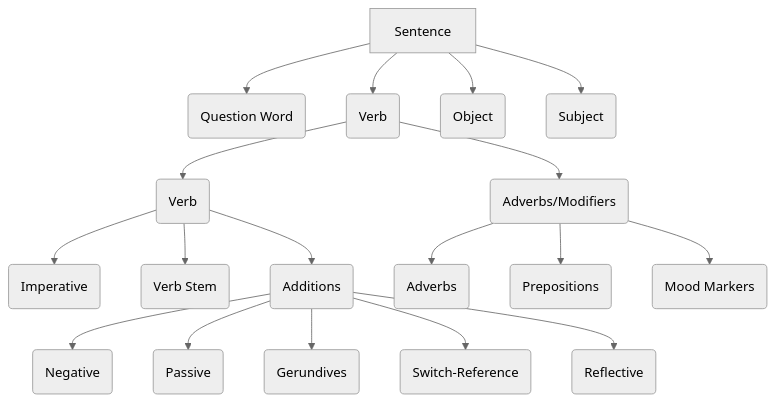
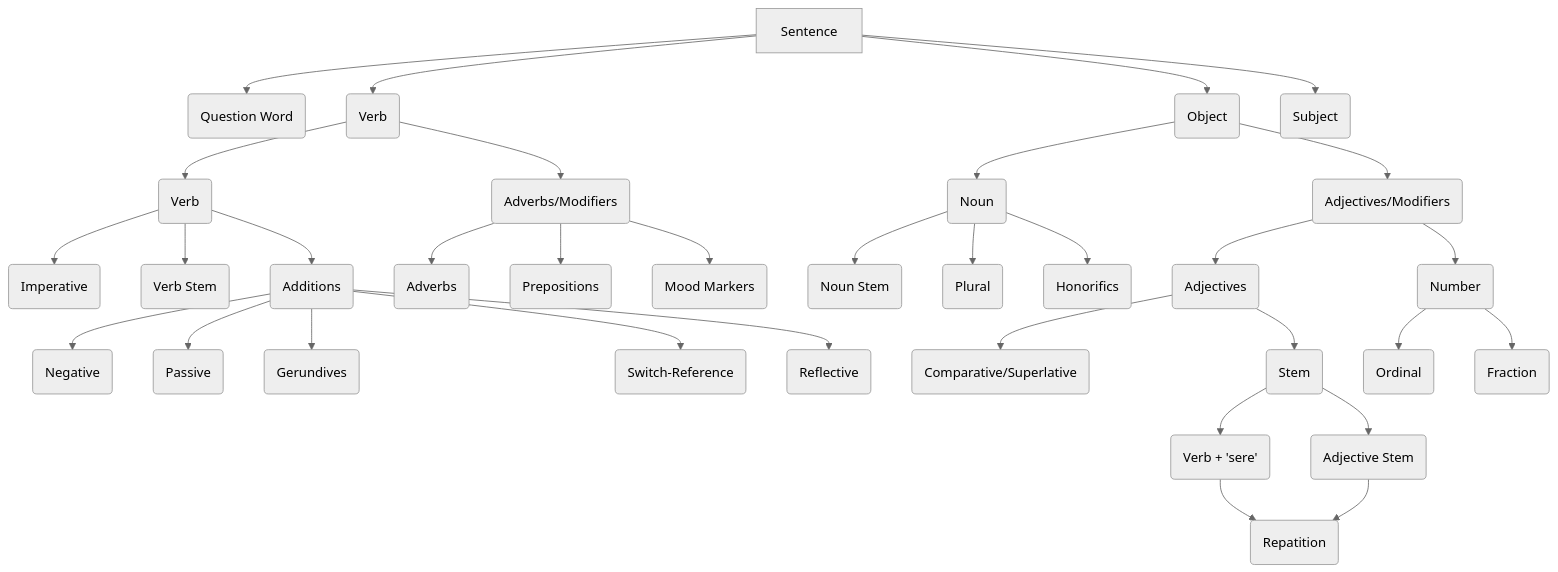
The diagram in README.md (17yb/Ti-iwo), drawn with Mermaid (neutral theme) before and after one commit.

Commit message:
Adding Object Tree

````diff
--- a/README.md
+++ b/README.md
@@ -4,22 +4,36 @@
 ```mermaid
 flowchart TD
     Sen[Sentence] 
     Sen--> QW(Question Word)
     Sen--> Vb(Verb)
     Sen--> Ob(Object)
     Sen--> Sub(Subject)
     Vb--> Verb(Verb)
     Vb--> AdM(Adverbs/Modifiers)
     Verb--> Im(Imperative)
     Verb--> VbSt(Verb Stem)
     Verb--> VbAd(Additions)
     VbAd--> NgVb(Negative)
     VbAd--> PaVb(Passive)
     VbAd--> GeVB(Gerundives)
     VbAd--> SRVb(Switch-Reference)
     VbAd--> ReVb(Reflective)
     AdM--> Adv(Adverbs)
     AdM--> Prep(Prepositions)
     AdM--> MM(Mood Markers)
+    Ob--> ObN(Noun)
+    ObN--> ObSt(Noun Stem)
+    ObN--> ObPl(Plural)
+    ObN--> ObHo(Honorifics)
+    Ob--> ObM(Adjectives/Modifiers)
+    ObM--> ObAd(Adjectives)
+    ObAd--> ObSC(Comparative/Superlative)
+    ObAd--> ObASt(Stem)
+    ObASt--> ObVSt("Verb + 'sere'")
+    ObASt--> ObAdSt(Adjective Stem)
+    ObVSt & ObAdSt--> ObRe(Repatition)
+    ObM--> ObNum(Number)
+    ObNum--> ObOrd(Ordinal)
+    ObNum--> ObFra(Fraction)
 
 ```
````
